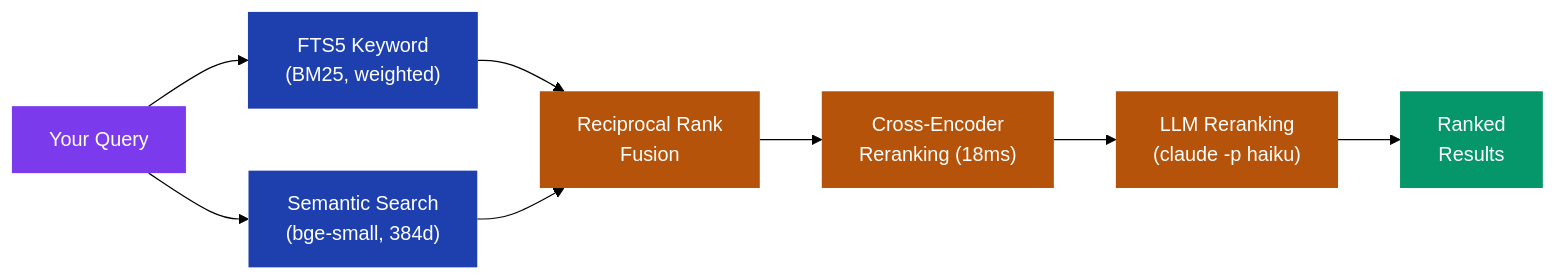
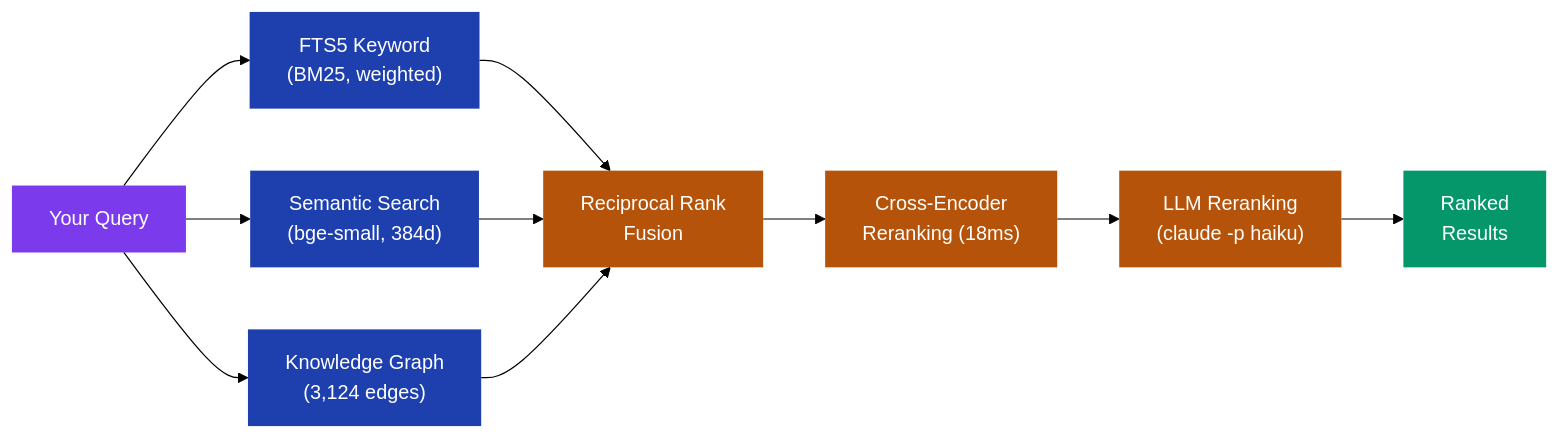
Before and after one commit to lupuletic/claude-recall: the first of 3 diagrams in README.md, drawn with Mermaid (forest theme). The commit also changed other lines of this file, not shown here.

First line of the commit message:
Update README with knowledge graph, structured prefixes, updated stats

````diff
--- a/README.md
+++ b/README.md
@@ -30,18 +32,21 @@
 ```mermaid
 graph LR
     Q["Your Query"] --> FTS["FTS5 Keyword\n(BM25, weighted)"]
     Q --> SEM["Semantic Search\n(bge-small, 384d)"]
+    Q --> KG["Knowledge Graph\n(3,124 edges)"]
     FTS --> RRF["Reciprocal Rank\nFusion"]
     SEM --> RRF
+    KG --> RRF
     RRF --> CE["Cross-Encoder\nReranking (18ms)"]
     CE --> LLM["LLM Reranking\n(claude -p haiku)"]
     LLM --> R["Ranked\nResults"]
 
     style Q fill:#7c3aed,color:#fff,stroke:none
     style R fill:#059669,color:#fff,stroke:none
     style FTS fill:#1e40af,color:#fff,stroke:none
     style SEM fill:#1e40af,color:#fff,stroke:none
+    style KG fill:#1e40af,color:#fff,stroke:none
     style RRF fill:#b45309,color:#fff,stroke:none
     style CE fill:#b45309,color:#fff,stroke:none
     style LLM fill:#b45309,color:#fff,stroke:none
 ```
````
